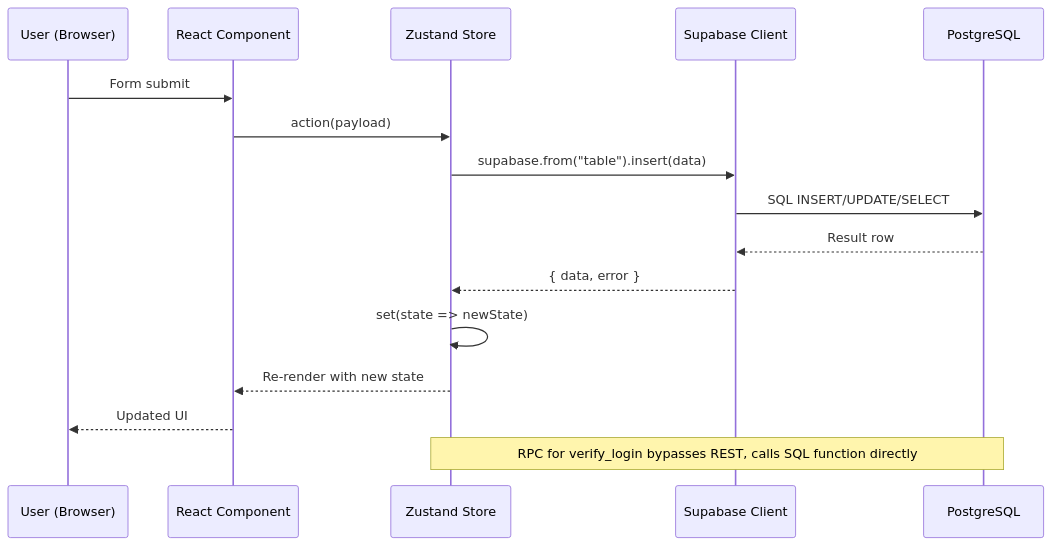
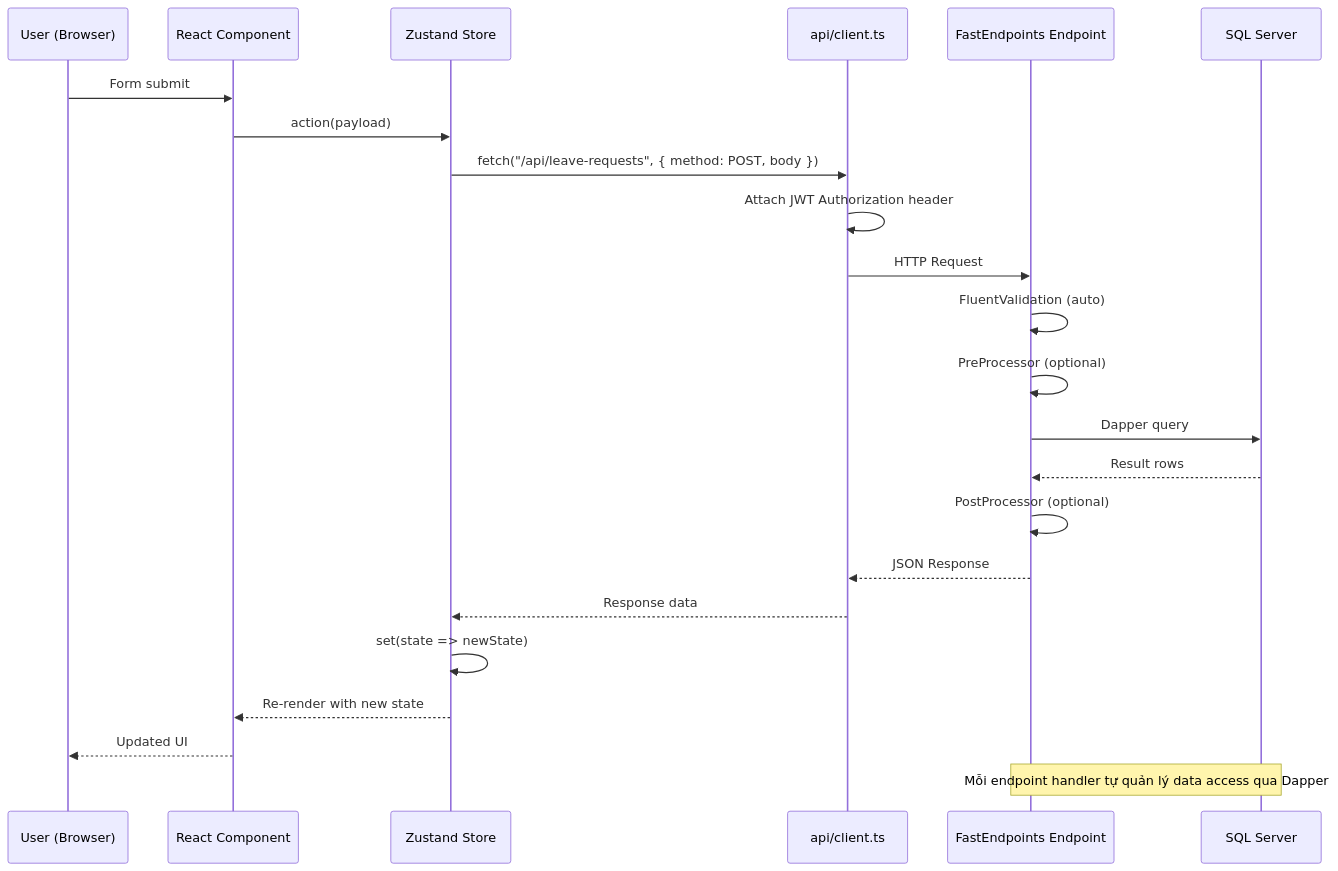
One commit to Ali-AnNT/qlnp-ttcds changed the second of 7 diagrams in docs/system-architecture.md. Above: the diagram before and after it, drawn with Mermaid. The commit also changed other lines of this file and 6 other files, not shown here.

First line of the commit message:
docs: update documentation and migration plan for .NET 9 + FastEndpoints

````diff
--- a/docs/system-architecture.md
+++ b/docs/system-architecture.md
@@ -48,20 +111,27 @@
 ```mermaid
 sequenceDiagram
     participant User as User (Browser)
     participant Component as React Component
     participant Store as Zustand Store
-    participant Supabase as Supabase Client
-    participant PG as PostgreSQL
+    participant API as api/client.ts
+    participant FE as FastEndpoints Endpoint
+    participant DB as SQL Server
 
     User->>Component: Form submit
     Component->>Store: action(payload)
-    Store->>Supabase: supabase.from("table").insert(data)
-    Supabase->>PG: SQL INSERT/UPDATE/SELECT
-    PG-->>Supabase: Result row
-    Supabase-->>Store: { data, error }
+    Store->>API: fetch("/api/leave-requests", { method: POST, body })
+    API->>API: Attach JWT Authorization header
+    API->>FE: HTTP Request
+    FE->>FE: FluentValidation (auto)
+    FE->>FE: PreProcessor (optional)
+    FE->>DB: Dapper query
+    DB-->>FE: Result rows
+    FE->>FE: PostProcessor (optional)
+    FE-->>API: JSON Response
+    API-->>Store: Response data
     Store->>Store: set(state => newState)
     Store-->>Component: Re-render with new state
     Component-->>User: Updated UI
 
-    Note over Store,PG: RPC for verify_login bypasses REST, calls SQL function directly
+    Note over FE,DB: Mỗi endpoint handler tự quản lý data access qua Dapper
 ```
````
